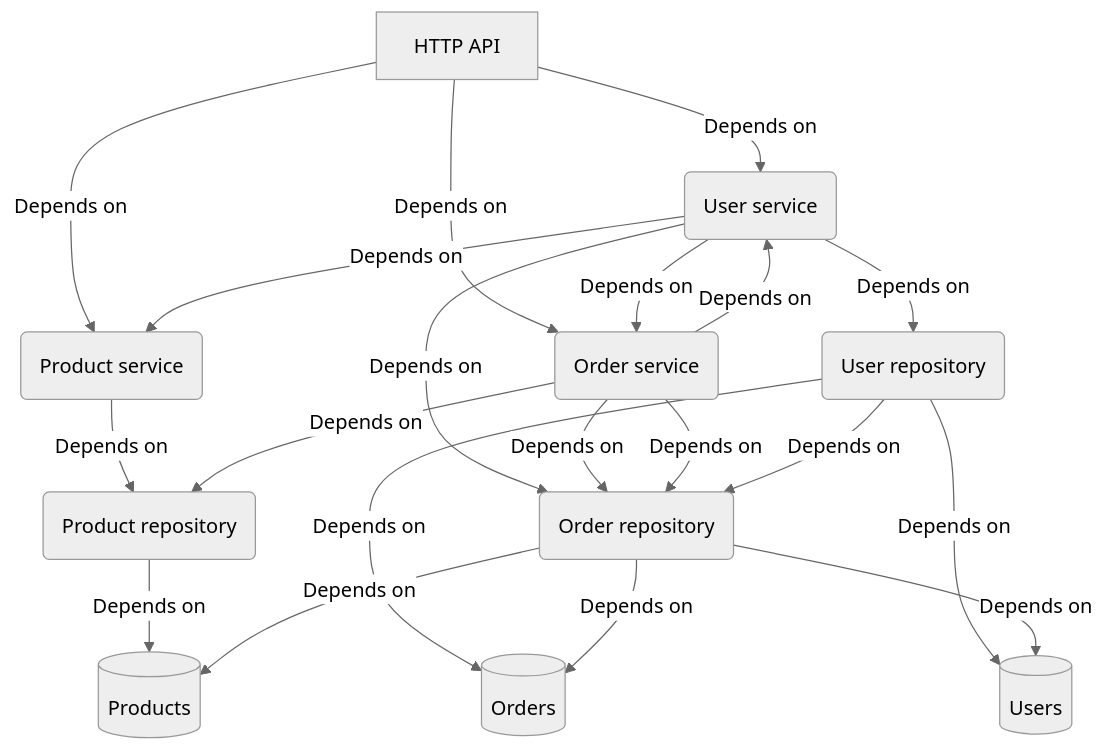
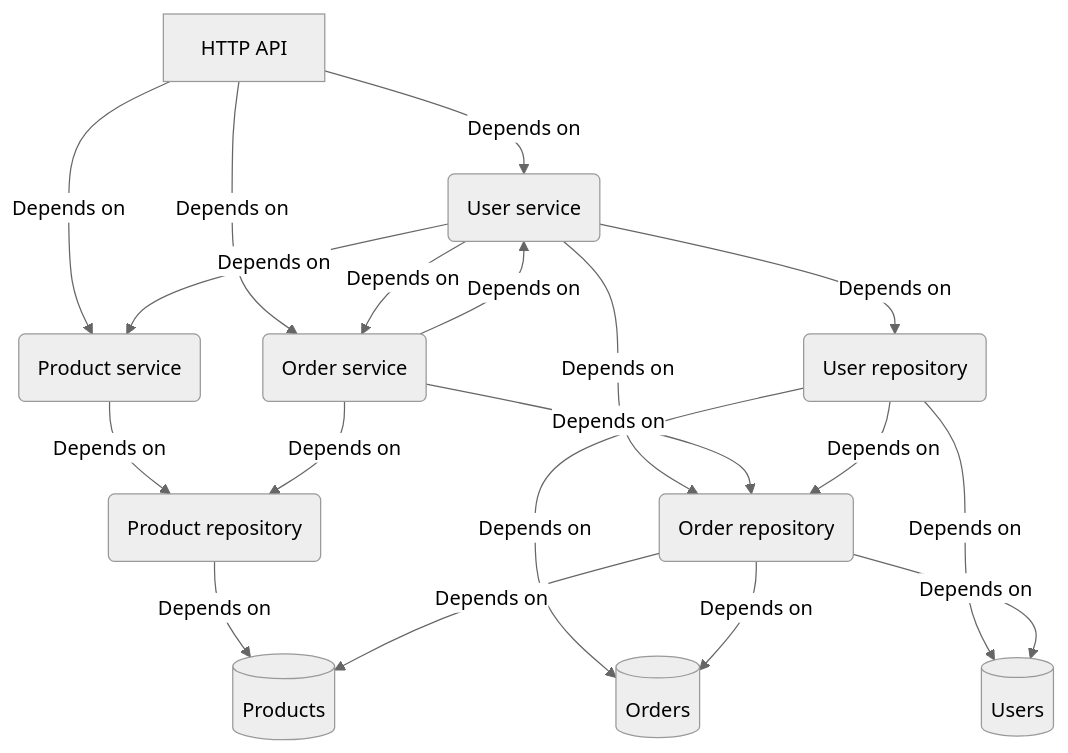
The fourth of 4 diagrams in _posts/2024/2024-04-07-organizing-your-code-to-minimize-the-blast-radius.md (bradwestness/bradwestness.github.io), drawn with Mermaid (neutral theme) before and after one commit.

```diff
--- a/_posts/2024/2024-04-07-organizing-your-code-to-minimize-the-blast-radius.md
+++ b/_posts/2024/2024-04-07-organizing-your-code-to-minimize-the-blast-radius.md
@@ -99,22 +99,21 @@
 <pre class="mermaid">
 flowchart TD
     A["HTTP API"] --> |Depends on| B(User service)
     A --> |Depends on| C(Product service)    
     A --> |Depends on| D(Order service)
     B --> |Depends on| C
     B --> |Depends on| D
     B --> |Depends on| E(User repository)
     B --> |Depends on| G    
     C --> |Depends on| F(Product repository)    
     D --> |Depends on| G(Order repository)
     D --> |Depends on| B
     D --> |Depends on| F
-    D --> |Depends on| G
     E --> |Depends on| G
     E --> |Depends on| H[(Users)]
     E --> |Depends on| J    
     F --> |Depends on| I[(Products)]    
     G --> |Depends on| J[(Orders)]
     G --> |Depends on| H    
     G --> |Depends on| I
 </pre>
```
